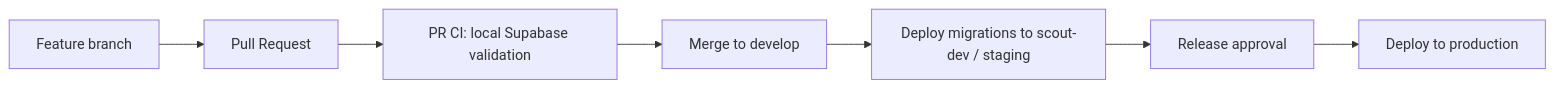
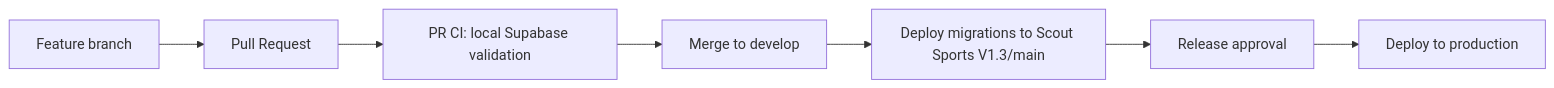
Before and after one commit to 22annajohnson/ScoutSports: the first of 2 diagrams in Scout/implementation/proposed/INFRA-004-supabase-development-pipeline.md, drawn with Mermaid. The commit also changed other lines of this file and 9 other files, not shown here.

````diff
--- a/Scout/implementation/proposed/INFRA-004-supabase-development-pipeline.md
+++ b/Scout/implementation/proposed/INFRA-004-supabase-development-pipeline.md
@@ -135,9 +135,9 @@
 ```mermaid
 flowchart LR
     DEV["Feature branch"] --> PR["Pull Request"]
     PR --> LOCALCI["PR CI: local Supabase validation"]
     LOCALCI --> DEVELOP["Merge to develop"]
-    DEVELOP --> STAGING["Deploy migrations to scout-dev / staging"]
+    DEVELOP --> STAGING["Deploy migrations to Scout Sports V1.3/main"]
     STAGING --> RELEASE["Release approval"]
     RELEASE --> PROD["Deploy to production"]
 ```
````
